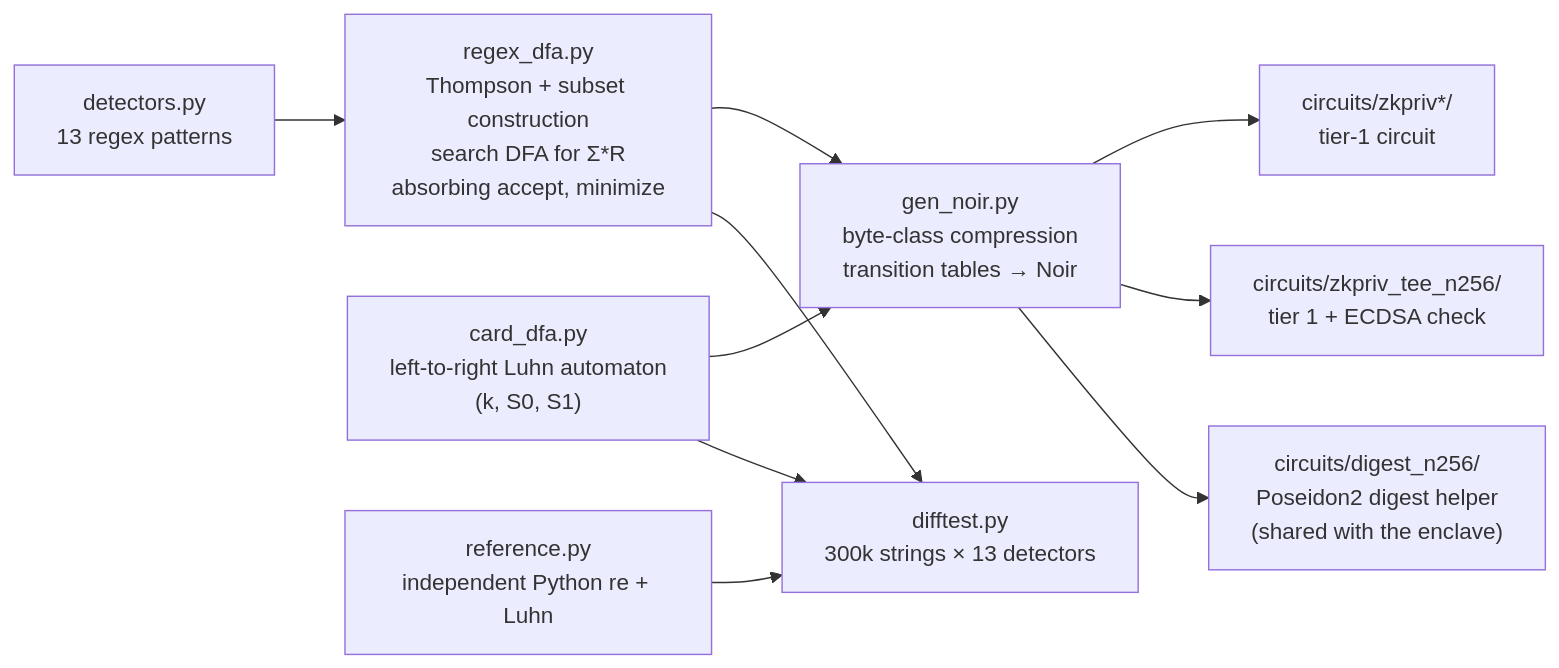
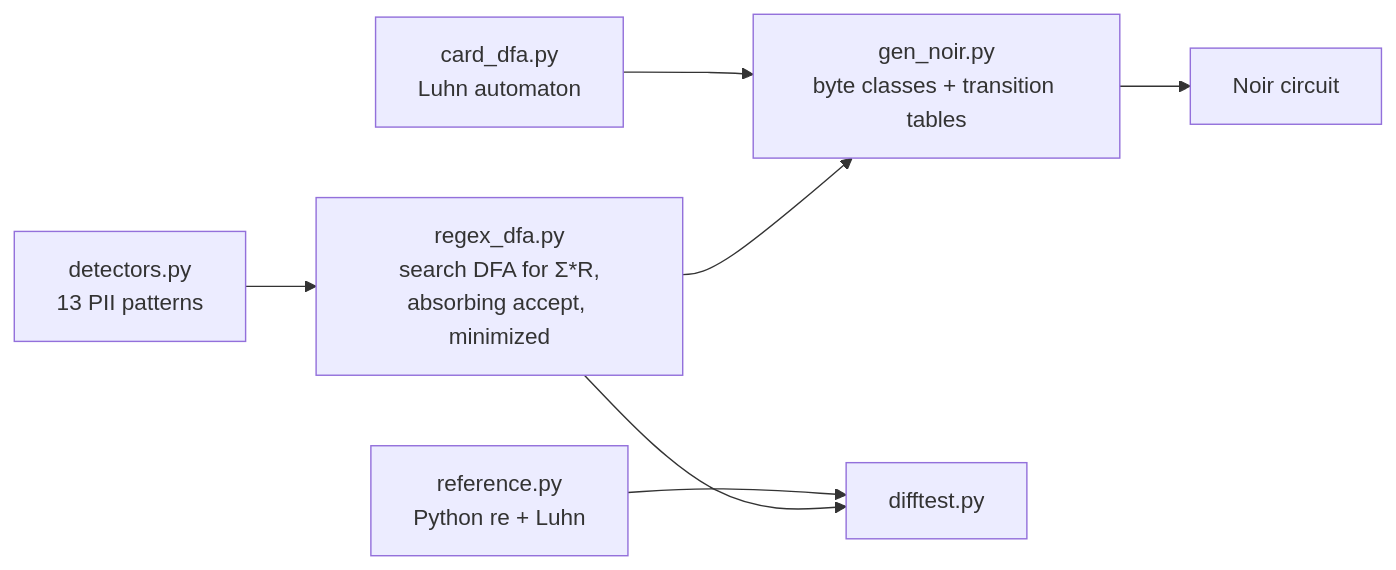
Before and after one commit to Huzzzaif/llm-pii-zkproof: the second of 2 diagrams in README.md, drawn with Mermaid. The commit also changed other lines of this file and 3 other files, not shown here.

````diff
--- a/README.md
+++ b/README.md
@@ -67,12 +45,9 @@
 ```mermaid
 flowchart LR
-    D["detectors.py<br/>13 regex patterns"] --> C["regex_dfa.py<br/>Thompson + subset construction<br/>search DFA for Σ*R<br/>absorbing accept, minimize"]
-    L["card_dfa.py<br/>left-to-right Luhn automaton<br/>(k, S0, S1)"] --> G
-    C --> G["gen_noir.py<br/>byte-class compression<br/>transition tables → Noir"]
-    G --> N1["circuits/zkpriv*/<br/>tier-1 circuit"]
-    G --> N2["circuits/zkpriv_tee_n256/<br/>tier 1 + ECDSA check"]
-    G --> N3["circuits/digest_n256/<br/>Poseidon2 digest helper<br/>(shared with the enclave)"]
-    REF["reference.py<br/>independent Python re + Luhn"] --> T["difftest.py<br/>300k strings × 13 detectors"]
+    D["detectors.py<br/>13 PII patterns"] --> C["regex_dfa.py<br/>search DFA for Σ*R,<br/>absorbing accept, minimized"]
+    L["card_dfa.py<br/>Luhn automaton"] --> G
+    C --> G["gen_noir.py<br/>byte classes + transition tables"]
+    G --> N["Noir circuit"]
+    REF["reference.py<br/>Python re + Luhn"] --> T["difftest.py"]
     C --> T
-    L --> T
 ```
````
